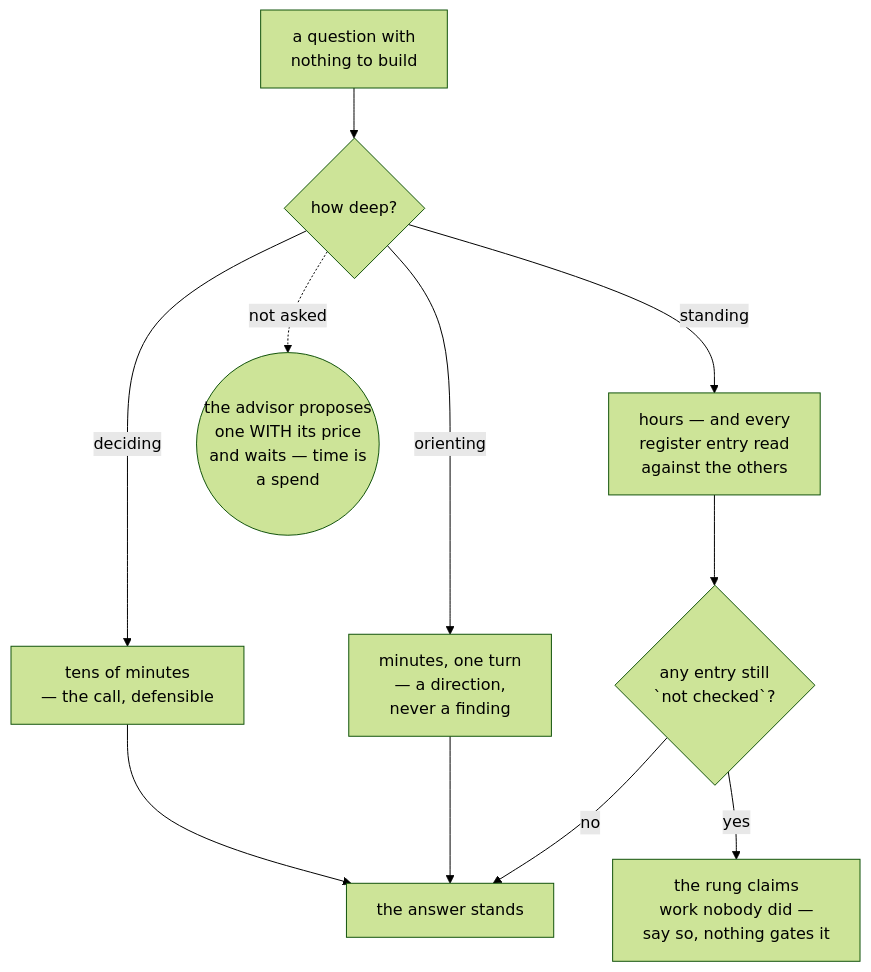
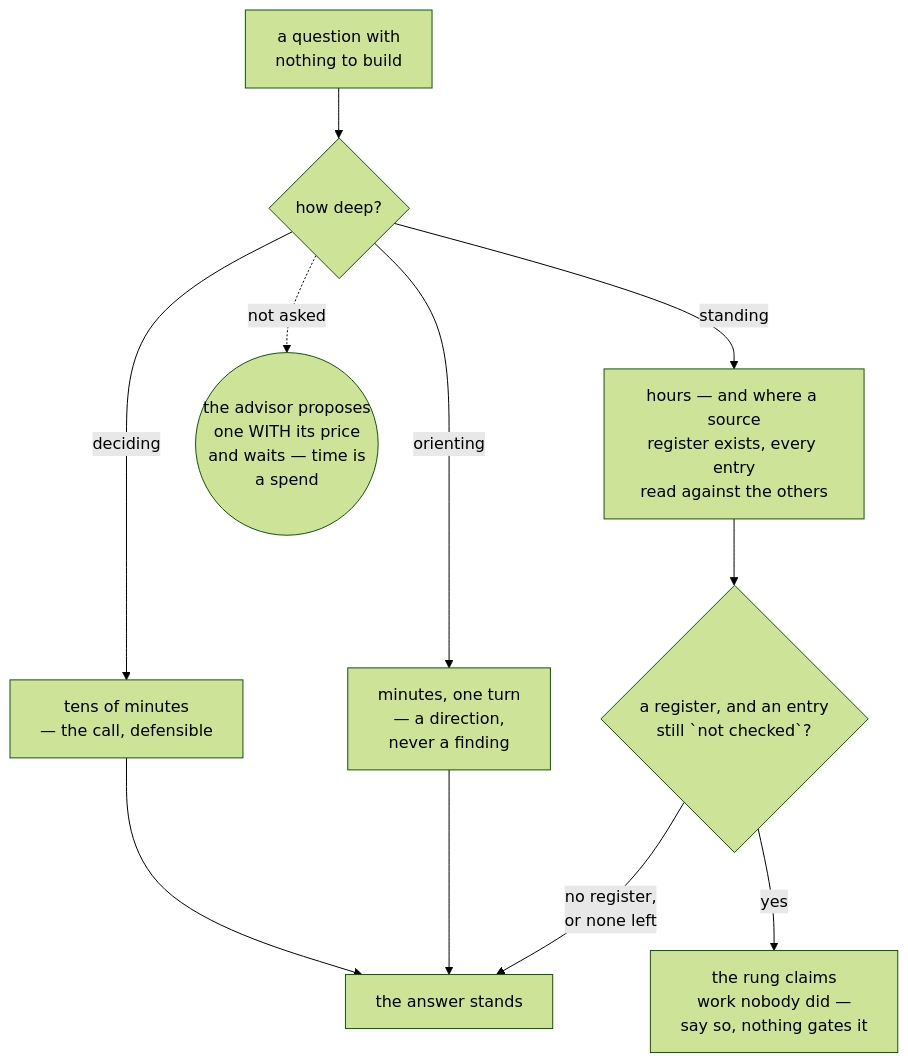
Before and after one commit to jamillazarev/opsinist: the first of 2 diagrams in consulting.md, drawn with Mermaid (forest theme). The commit also changed 11 other files, not shown here.

````diff
--- a/consulting.md
+++ b/consulting.md
@@ -24,13 +24,13 @@
 ```mermaid
 flowchart TD
   Q["a question with<br/>nothing to build"] --> D{"how deep?"}
   D -->|"orienting"| O["minutes, one turn<br/>— a direction,<br/>never a finding"]
   D -->|"deciding"| E["tens of minutes<br/>— the call, defensible"]
-  D -->|"standing"| S["hours — and every<br/>register entry read<br/>against the others"]
+  D -->|"standing"| S["hours — and where a source<br/>register exists, every entry<br/>read against the others"]
   D -.->|"not asked"| A(("the advisor proposes<br/>one WITH its price<br/>and waits — time is<br/>a spend"))
-  S --> V{"any entry still<br/>`not checked`?"}
+  S --> V{"a register, and an entry<br/>still `not checked`?"}
   V -->|"yes"| R["the rung claims<br/>work nobody did —<br/>say so, nothing gates it"]
-  V -->|"no"| K["the answer stands"]
+  V -->|"no register,<br/>or none left"| K["the answer stands"]
   O --> K
   E --> K
 ```
````
